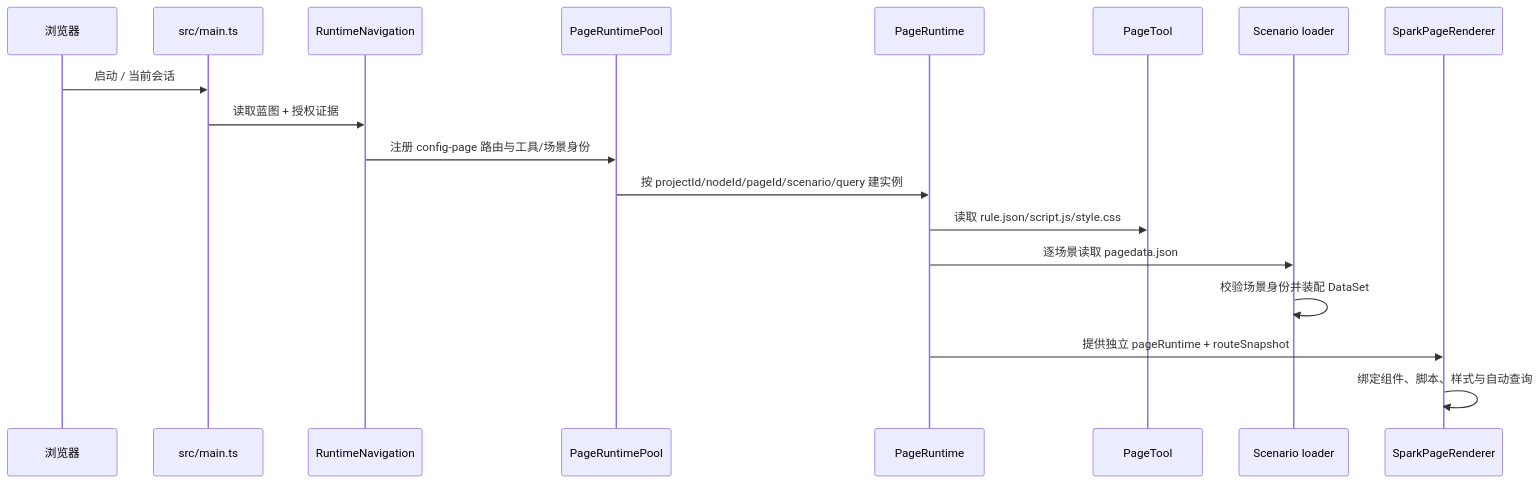
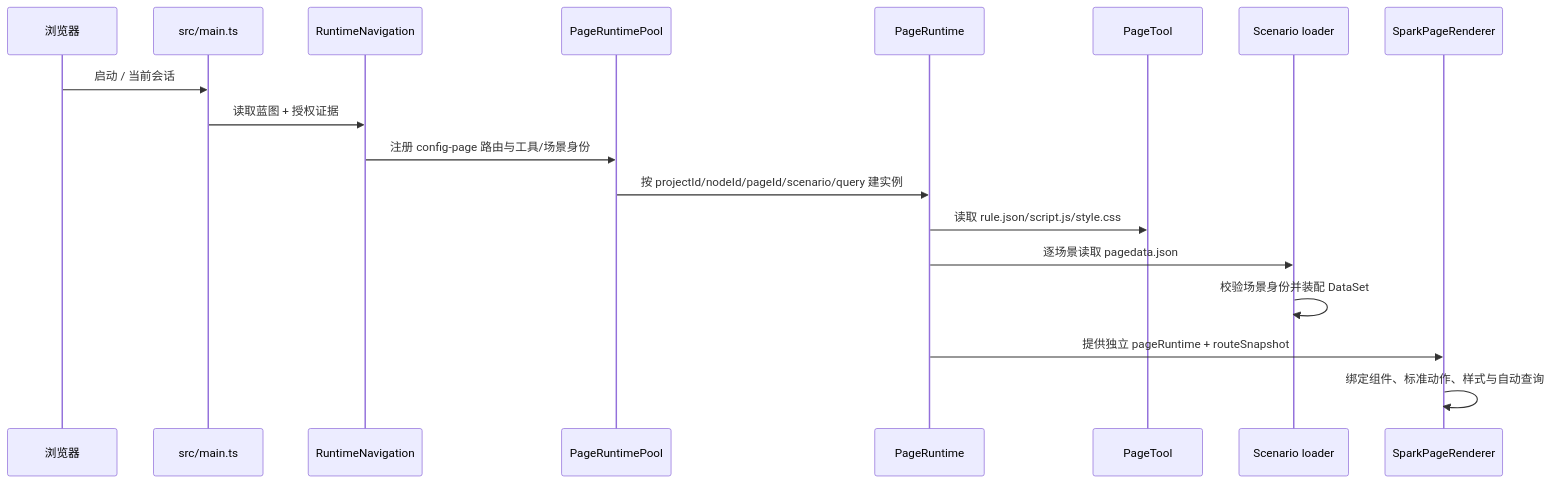
The second of 5 diagrams in docs/architecture/project-architecture-audit.md (LMSpark/APPWORKS), drawn with Mermaid before and after one commit. The commit also changed other lines of this file and 109 other files, not shown here.

````diff
--- a/docs/architecture/project-architecture-audit.md
+++ b/docs/architecture/project-architecture-audit.md
@@ -124,21 +133,21 @@
 ```mermaid
 sequenceDiagram
   participant Browser as 浏览器
   participant Host as src/main.ts
   participant Nav as RuntimeNavigation
   participant Pool as PageRuntimePool
   participant Runtime as PageRuntime
   participant Tool as PageTool
   participant Scene as Scenario loader
   participant Renderer as SparkPageRenderer
 
   Browser->>Host: 启动 / 当前会话
   Host->>Nav: 读取蓝图 + 授权证据
   Nav->>Pool: 注册 config-page 路由与工具/场景身份
   Pool->>Runtime: 按 projectId/nodeId/pageId/scenario/query 建实例
   Runtime->>Tool: 读取 rule.json/script.js/style.css
   Runtime->>Scene: 逐场景读取 pagedata.json
   Scene->>Scene: 校验场景身份并装配 DataSet
   Runtime->>Renderer: 提供独立 pageRuntime + routeSnapshot
-  Renderer->>Renderer: 绑定组件、脚本、样式与自动查询
+  Renderer->>Renderer: 绑定组件、标准动作、样式与自动查询
 ```
````
